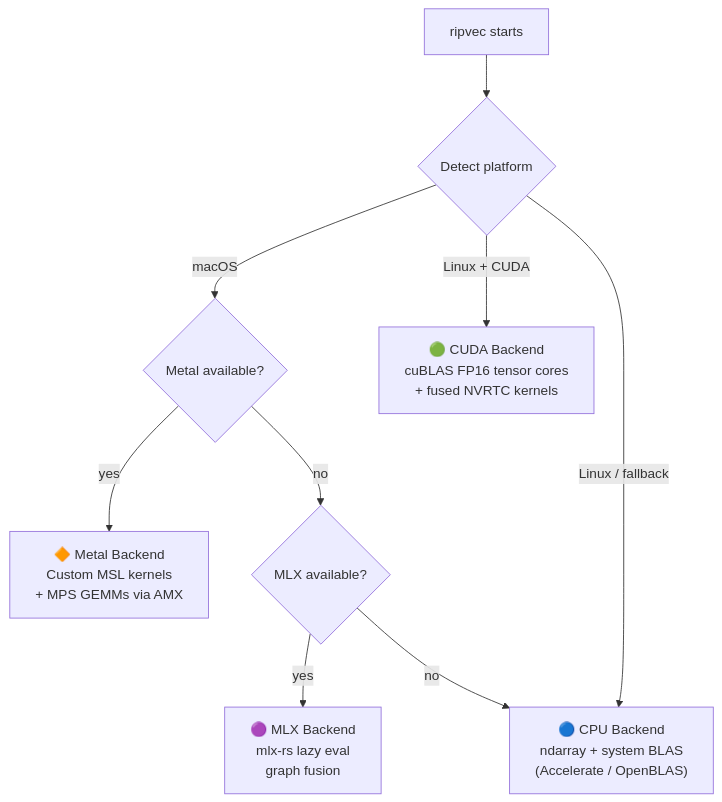
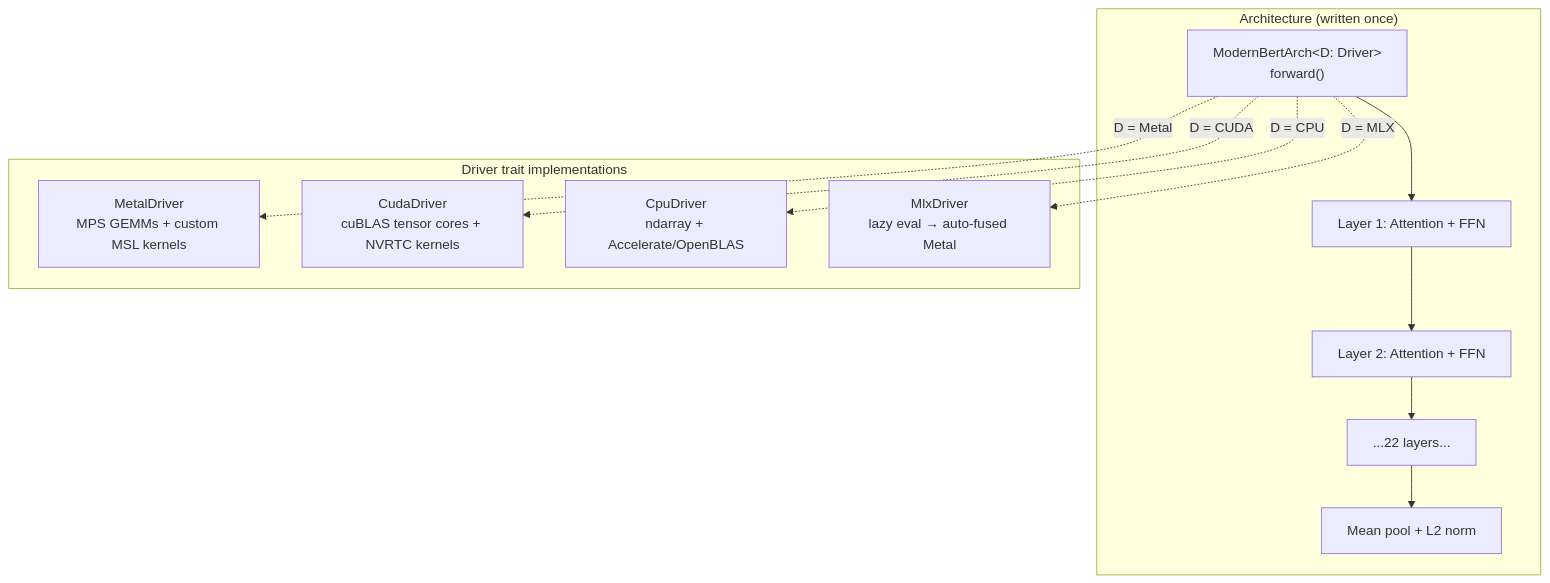
One commit to fnordpig/ripvec changed the fourth of 6 diagrams in README.md. Above: the diagram before and after it, drawn with Mermaid. The commit also changed other lines of this file, not shown here.

First line of the commit message:
docs: add kernel-level architecture diagrams to README

````diff
--- a/README.md
+++ b/README.md
@@ -356,11 +360,16 @@
 ```mermaid
-graph TD
-    Start["ripvec starts"] --> Detect{"Detect platform"}
-    Detect -->|"macOS"| Metal{"Metal available?"}
-    Metal -->|"yes"| MetalBE["🔶 Metal Backend<br/>Custom MSL kernels<br/>+ MPS GEMMs via AMX"]
-    Metal -->|"no"| MLX{"MLX available?"}
-    MLX -->|"yes"| MLXBE["🟣 MLX Backend<br/>mlx-rs lazy eval<br/>graph fusion"]
-    MLX -->|"no"| CPUBE
-    Detect -->|"Linux + CUDA"| CUDABE["🟢 CUDA Backend<br/>cuBLAS FP16 tensor cores<br/>+ fused NVRTC kernels"]
-    Detect -->|"Linux / fallback"| CPUBE["🔵 CPU Backend<br/>ndarray + system BLAS<br/>(Accelerate / OpenBLAS)"]
+graph TB
+    subgraph "Architecture (written once)"
+        FP["ModernBertArch&lt;D: Driver&gt;<br/>forward()"]
+        FP --> L1["Layer 1: Attention + FFN"]
+        L1 --> L2["Layer 2: Attention + FFN"]
+        L2 --> LN["...22 layers..."]
+        LN --> Pool["Mean pool + L2 norm"]
+    end
+    subgraph "Driver trait implementations"
+        FP -.->|"D = Metal"| M["MetalDriver<br/>MPS GEMMs + custom MSL kernels"]
+        FP -.->|"D = CUDA"| CU["CudaDriver<br/>cuBLAS tensor cores + NVRTC kernels"]
+        FP -.->|"D = CPU"| CP["CpuDriver<br/>ndarray + Accelerate/OpenBLAS"]
+        FP -.->|"D = MLX"| ML["MlxDriver<br/>lazy eval → auto-fused Metal"]
+    end
 ```
````
